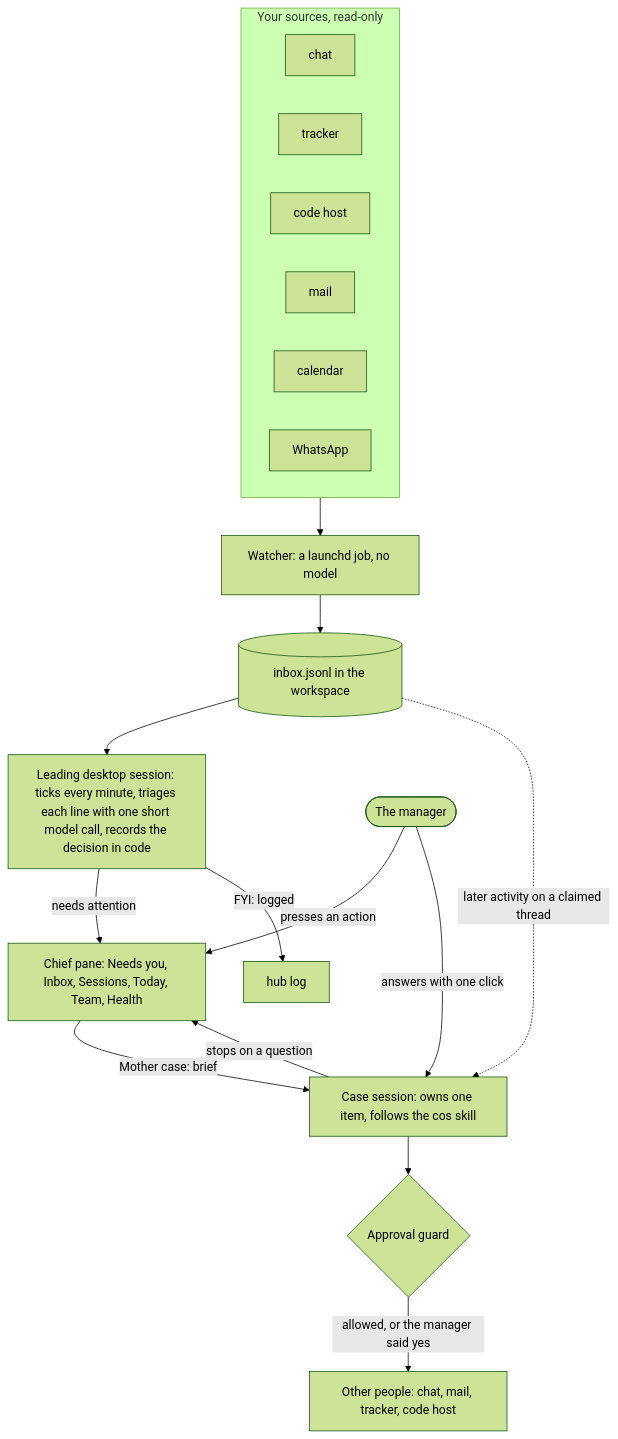
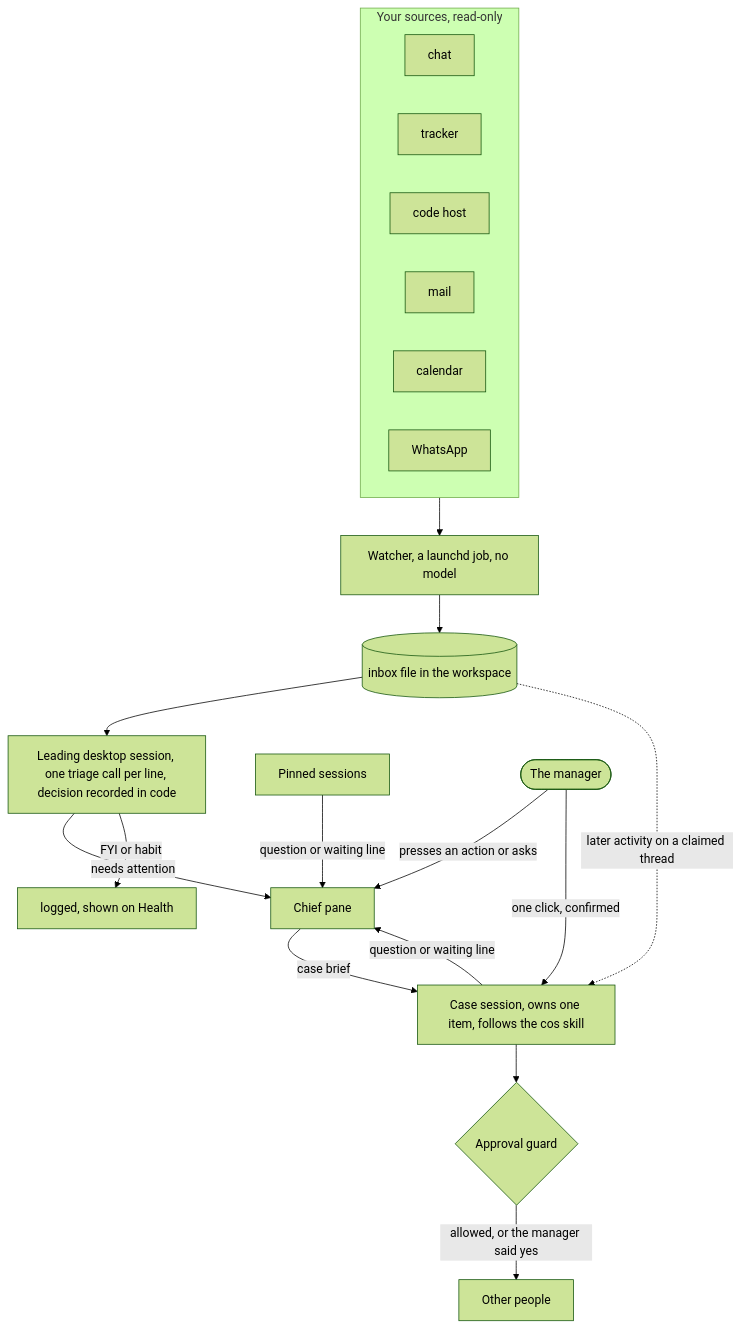
One commit to shayke-cohen/mother changed the diagram in README.md. Above: the diagram before and after it, drawn with Mermaid (forest theme). The commit also changed other lines of this file and 9 other files, not shown here.

First line of the commit message:
Docs: bring the README, guide, architecture, contract and mocks to 0.25.0 (#66)

````diff
--- a/README.md
+++ b/README.md
@@ -78,30 +101,32 @@
 ```mermaid
 flowchart TD
   subgraph SRC["Your sources, read-only"]
     S1["chat"]
     S2["tracker"]
     S3["code host"]
     S4["mail"]
     S5["calendar"]
     S6["WhatsApp"]
   end
-  W["Watcher: a launchd job, no model"]
-  I[("inbox.jsonl in the workspace")]
-  L["Leading desktop session: ticks every minute, triages each line with one short model call, records the decision in code"]
-  P["Chief pane: Needs you, Inbox, Sessions, Today, Team, Health"]
-  C["Case session: owns one item, follows the cos skill"]
+  W["Watcher, a launchd job, no model"]
+  I[("inbox file in the workspace")]
+  L["Leading desktop session, one triage call per line, decision recorded in code"]
+  P["Chief pane"]
+  C["Case session, owns one item, follows the cos skill"]
+  F["Pinned sessions"]
   M(["The manager"])
   G{"Approval guard"}
-  O["Other people: chat, mail, tracker, code host"]
+  O["Other people"]
 
   SRC --> W --> I --> L
   L -->|"needs attention"| P
-  L -->|"FYI: logged"| X["hub log"]
-  M -->|"presses an action"| P
-  P -->|"Mother case: brief"| C
+  L -->|"FYI or habit"| X["logged, shown on Health"]
+  M -->|"presses an action or asks"| P
+  P -->|"case brief"| C
   I -.->|"later activity on a claimed thread"| C
-  C -->|"stops on a question"| P
-  M -->|"answers with one click"| C
+  C -->|"question or waiting line"| P
+  F -->|"question or waiting line"| P
+  M -->|"one click, confirmed"| C
   C --> G
   G -->|"allowed, or the manager said yes"| O
 ```
````
